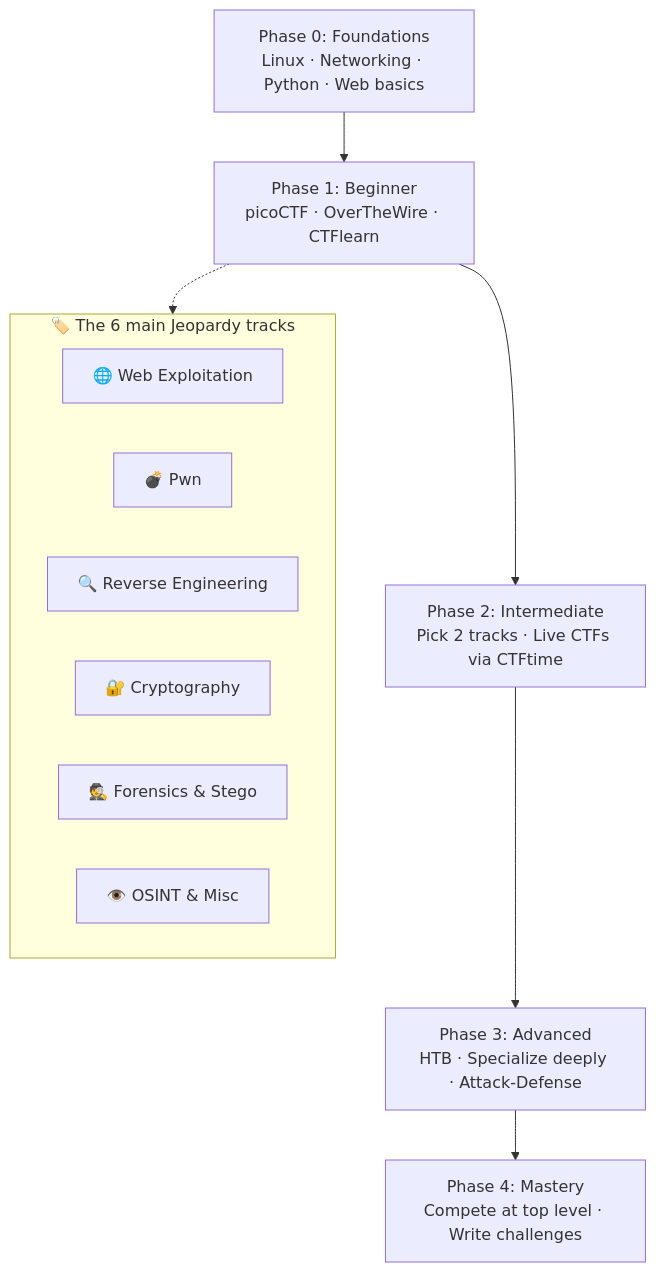
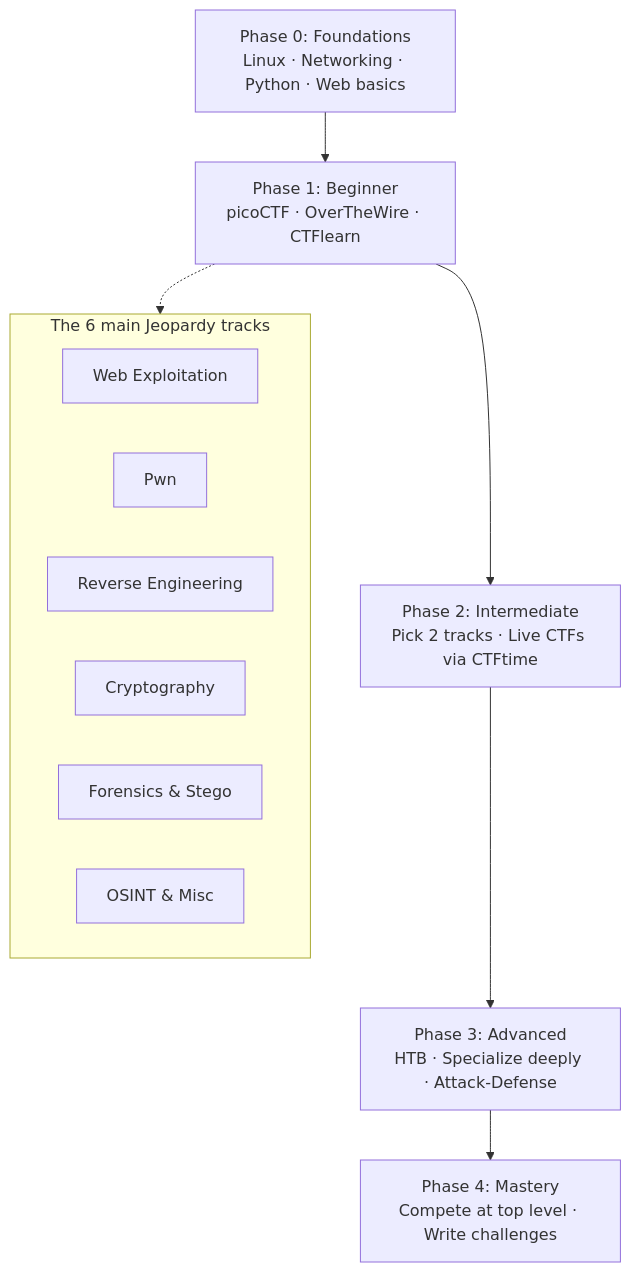
The diagram in README.md (Ashiii27/CTF-tools-and-resources), drawn with Mermaid before and after one commit. The commit also changed other lines of this file, not shown here.

Commit message:
docs: remove all emojis from README roadmap

````diff
--- a/README.md
+++ b/README.md
@@ -60,18 +60,18 @@
 ```mermaid
 flowchart TD
     A["Phase 0: Foundations<br>Linux · Networking · Python · Web basics"] --> B["Phase 1: Beginner<br>picoCTF · OverTheWire · CTFlearn"]
     B --> C["Phase 2: Intermediate<br>Pick 2 tracks · Live CTFs via CTFtime"]
     C --> D["Phase 3: Advanced<br>HTB · Specialize deeply · Attack-Defense"]
     D --> E["Phase 4: Mastery<br>Compete at top level · Write challenges"]
 
-    subgraph Tracks["🏷️ The 6 main Jeopardy tracks"]
-        T1["🌐 Web Exploitation"]
-        T2["💣 Pwn"]
-        T3["🔍 Reverse Engineering"]
-        T4["🔐 Cryptography"]
-        T5["🕵️ Forensics & Stego"]
-        T6["👁️ OSINT & Misc"]
+    subgraph Tracks["The 6 main Jeopardy tracks"]
+        T1["Web Exploitation"]
+        T2["Pwn"]
+        T3["Reverse Engineering"]
+        T4["Cryptography"]
+        T5["Forensics & Stego"]
+        T6["OSINT & Misc"]
     end
 
     B -.-> Tracks
 ```
````
